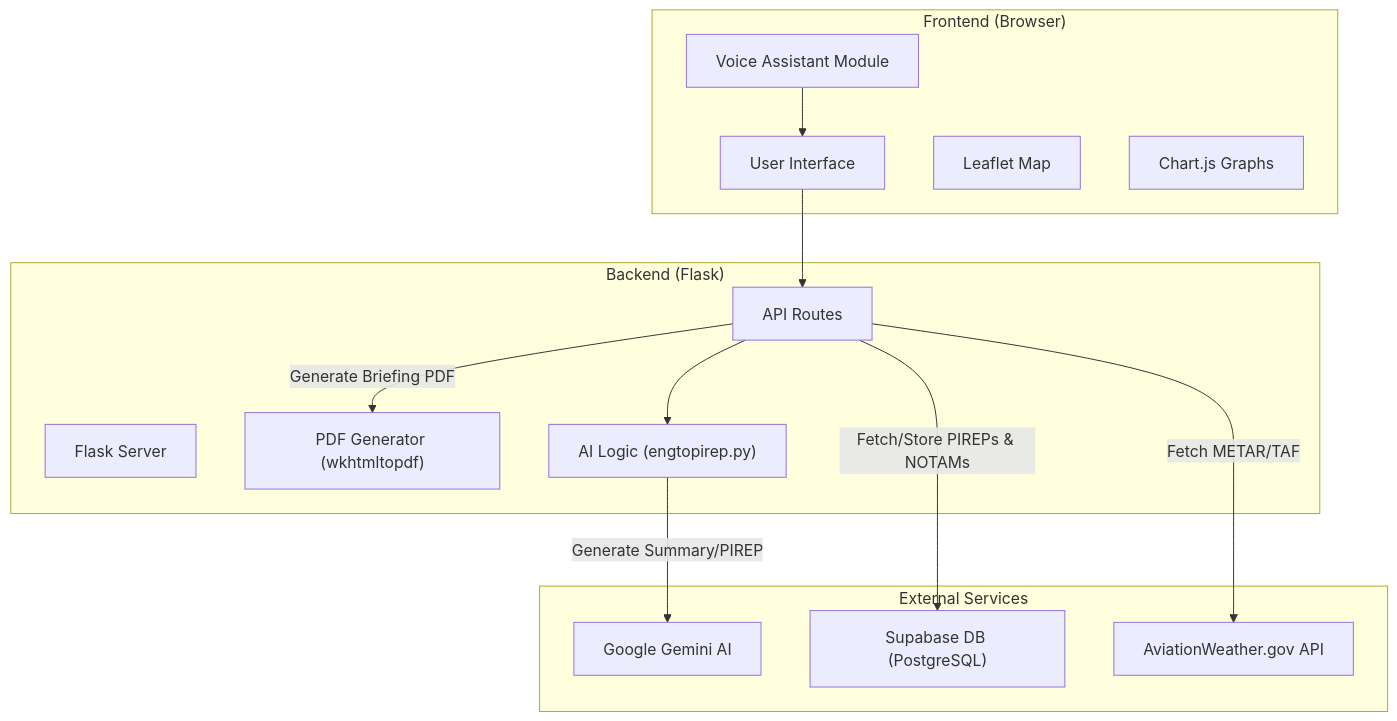
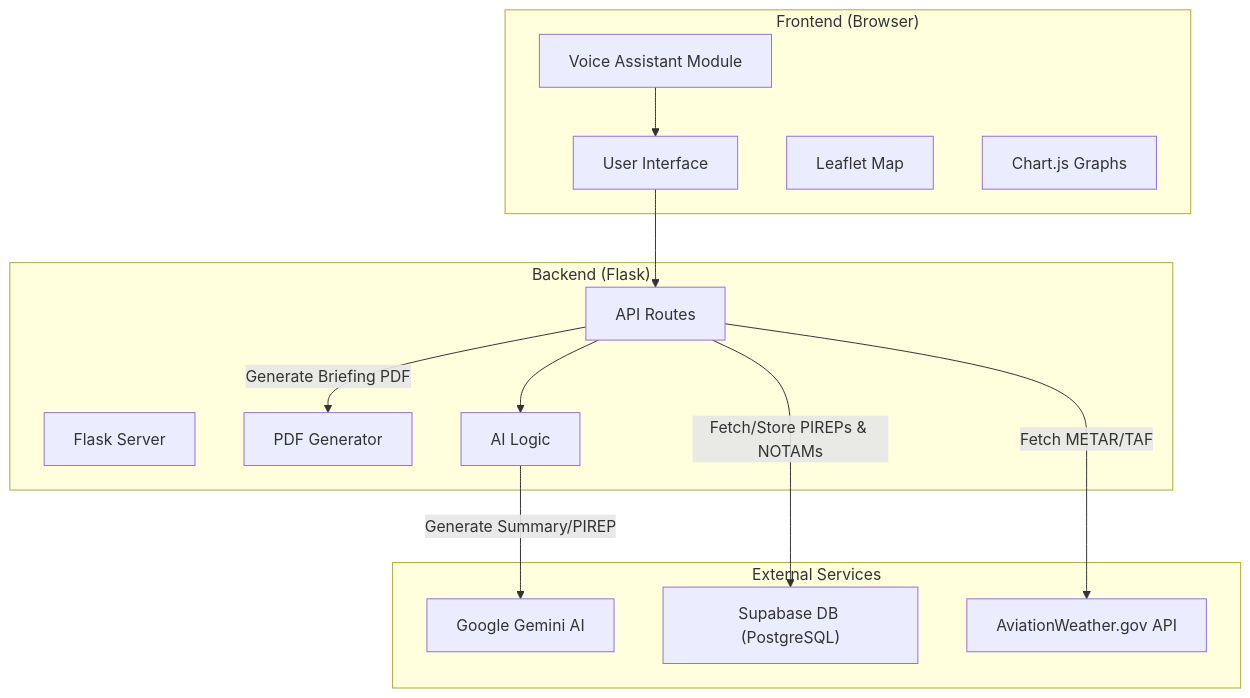
One commit to Adv41t/apacheai-flight-brief changed the first of 3 diagrams in README.md. Above: the diagram before and after it, drawn with Mermaid.

````diff
--- a/README.md
+++ b/README.md
@@ -43,31 +43,31 @@
 ```mermaid
 graph TD
     subgraph "Frontend (Browser)"
         UI["User Interface"]
         Map["Leaflet Map"]
         Charts["Chart.js Graphs"]
         Voice["Voice Assistant Module"]
     end
 
     subgraph "Backend (Flask)"
         Server["Flask Server"]
         Routes["API Routes"]
-        PDF["PDF Generator (wkhtmltopdf)"]
-        AI_Logic["AI Logic (engtopirep.py)"]
+        PDF["PDF Generator"]
+        AI_Logic["AI Logic"]
     end
 
     subgraph "External Services"
         Gemini["Google Gemini AI"]
         Supabase["Supabase DB (PostgreSQL)"]
         NOAA["AviationWeather.gov API"]
     end
 
     UI --> Routes
     Voice --> UI
     Routes -->|Fetch METAR/TAF| NOAA
     Routes -->|Fetch/Store PIREPs & NOTAMs| Supabase
     Routes --> AI_Logic
     AI_Logic -->|Generate Summary/PIREP| Gemini
     Routes -->|Generate Briefing PDF| PDF
 
 ```
````
